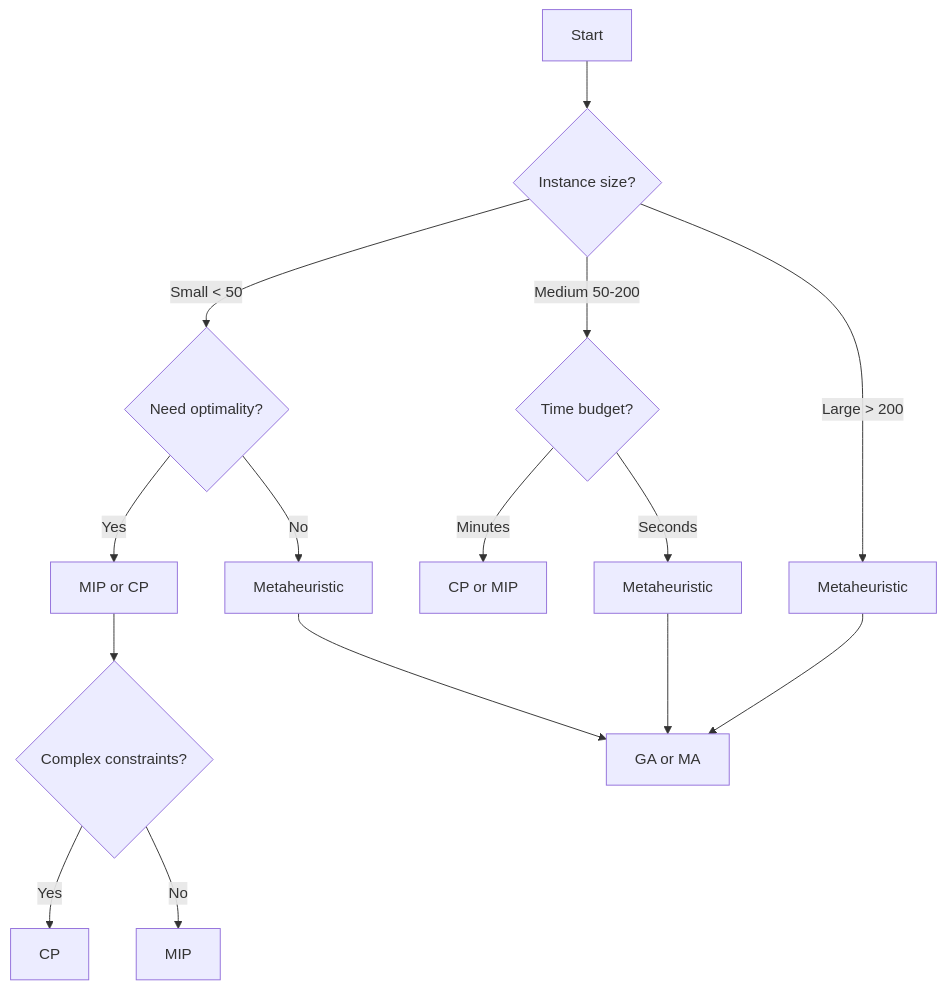
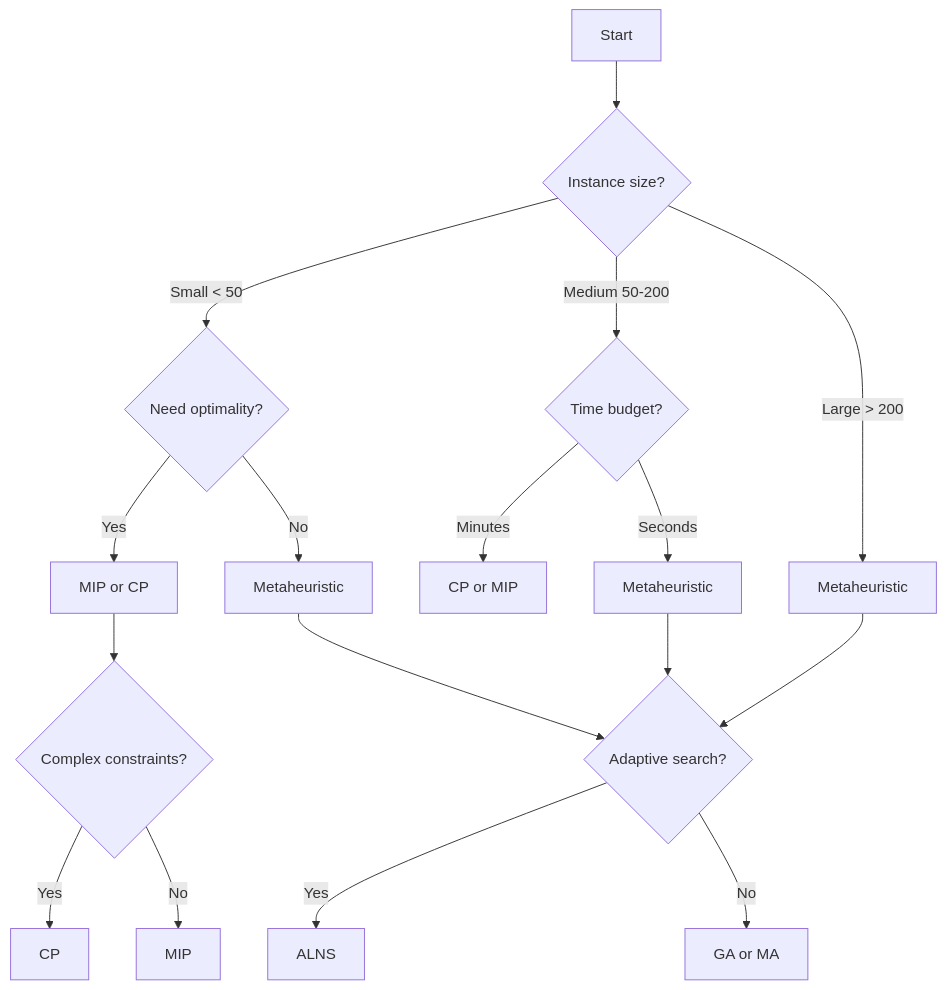
Before and after one commit to sohaibafifi/routing: the diagram in docs/solvers.md, drawn with Mermaid. The commit also changed other lines of this file and 8 other files, not shown here.

Commit message:
feat: Add Adaptive Large Neighborhood Search (ALNS) solver

````diff
--- a/docs/solvers.md
+++ b/docs/solvers.md
@@ -138,21 +181,23 @@
 ```{mermaid}
 flowchart TD
     A[Start] --> B{Instance size?}
     B -->|Small < 50| C{Need optimality?}
     B -->|Medium 50-200| D{Time budget?}
     B -->|Large > 200| E[Metaheuristic]
 
     C -->|Yes| F[MIP or CP]
     C -->|No| G[Metaheuristic]
 
     D -->|Minutes| H[CP or MIP]
     D -->|Seconds| I[Metaheuristic]
 
     F --> J{Complex constraints?}
     J -->|Yes| K[CP]
     J -->|No| L[MIP]
 
-    E --> M[GA or MA]
+    E --> M{Adaptive search?}
+    M -->|Yes| N[ALNS]
+    M -->|No| O[GA or MA]
     G --> M
     I --> M
 ```
````
